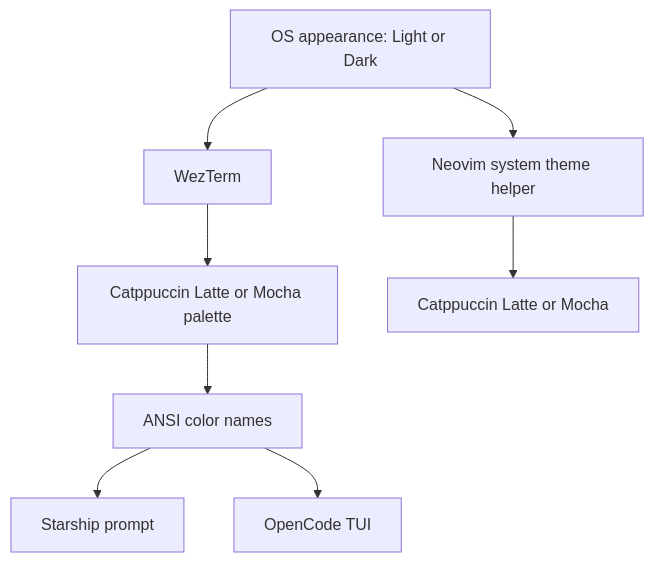
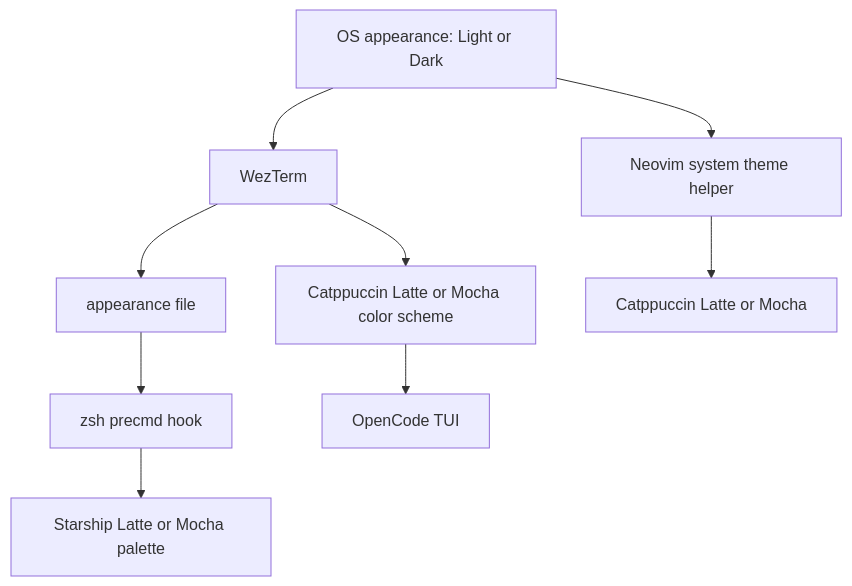
The diagram in content/blogs/config/system-theme/index.md (tihaya-anon/tihaya-anon.github.io), drawn with Mermaid before and after one commit. The commit also changed other lines of this file and 1 other file, not shown here.

Commit message:
docs(theme): describe the appearance file and the WSL install path

```diff
--- a/content/blogs/config/system-theme/index.md
+++ b/content/blogs/config/system-theme/index.md
@@ -72,10 +78,11 @@
 {{< mermaid >}}
 flowchart TB
     A["OS appearance: Light or Dark"] --> B["WezTerm"]
-    B --> C["Catppuccin Latte or Mocha palette"]
-    C --> D["ANSI color names"]
-    D --> E["Starship prompt"]
-    D --> F["OpenCode TUI"]
-    A --> G["Neovim system theme helper"]
-    G --> H["Catppuccin Latte or Mocha"]
+    B --> C["Catppuccin Latte or Mocha color scheme"]
+    B --> D["appearance file"]
+    D --> E["zsh precmd hook"]
+    E --> F["Starship Latte or Mocha palette"]
+    C --> G["OpenCode TUI"]
+    A --> H["Neovim system theme helper"]
+    H --> I["Catppuccin Latte or Mocha"]
 {{< /mermaid >}}
```
